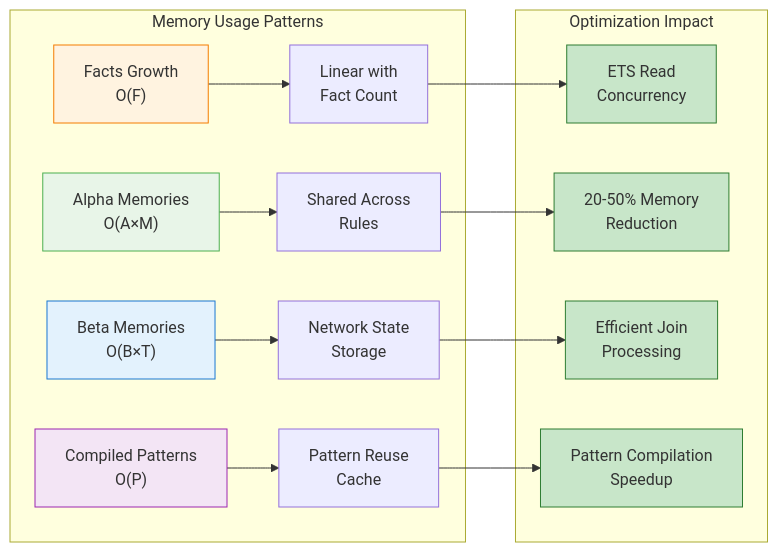
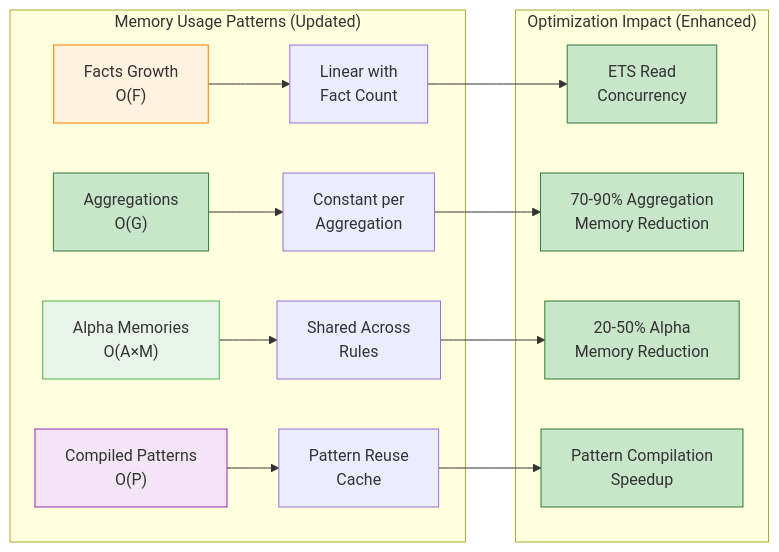
The seventh of 8 diagrams in specs/performance.md (hl/presto), drawn with Mermaid before and after one commit. The commit also changed other lines of this file and 11 other files, not shown here.

````diff
--- a/specs/performance.md
+++ b/specs/performance.md
@@ -416,26 +544,26 @@
 ```mermaid
 graph LR
-    subgraph "Memory Usage Patterns"
+    subgraph "Memory Usage Patterns (Updated)"
         A["Facts Growth<br/>O(F)"] --> B["Linear with<br/>Fact Count"]
-        C["Alpha Memories<br/>O(A×M)"] --> D["Shared Across<br/>Rules"]
-        E["Beta Memories<br/>O(B×T)"] --> F["Network State<br/>Storage"]
+        C["Aggregations<br/>O(G)"] --> D["Constant per<br/>Aggregation"]
+        E["Alpha Memories<br/>O(A×M)"] --> F["Shared Across<br/>Rules"]
         G["Compiled Patterns<br/>O(P)"] --> H["Pattern Reuse<br/>Cache"]
     end
     
-    subgraph "Optimization Impact"
+    subgraph "Optimization Impact (Enhanced)"
         B --> I["ETS Read<br/>Concurrency"]
-        D --> J["20-50% Memory<br/>Reduction"]
-        F --> K["Efficient Join<br/>Processing"]
+        D --> J["70-90% Aggregation<br/>Memory Reduction"]
+        F --> K["20-50% Alpha<br/>Memory Reduction"]
         H --> L["Pattern Compilation<br/>Speedup"]
     end
     
     style A fill:#fff3e0,stroke:#f57c00
-    style C fill:#e8f5e8,stroke:#4caf50
-    style E fill:#e3f2fd,stroke:#1976d2
+    style C fill:#c8e6c9,stroke:#2e7d32
+    style E fill:#e8f5e8,stroke:#4caf50
     style G fill:#f3e5f5,stroke:#9c27b0
     
     style I fill:#c8e6c9,stroke:#2e7d32
     style J fill:#c8e6c9,stroke:#2e7d32
     style K fill:#c8e6c9,stroke:#2e7d32
     style L fill:#c8e6c9,stroke:#2e7d32
 ```
````
